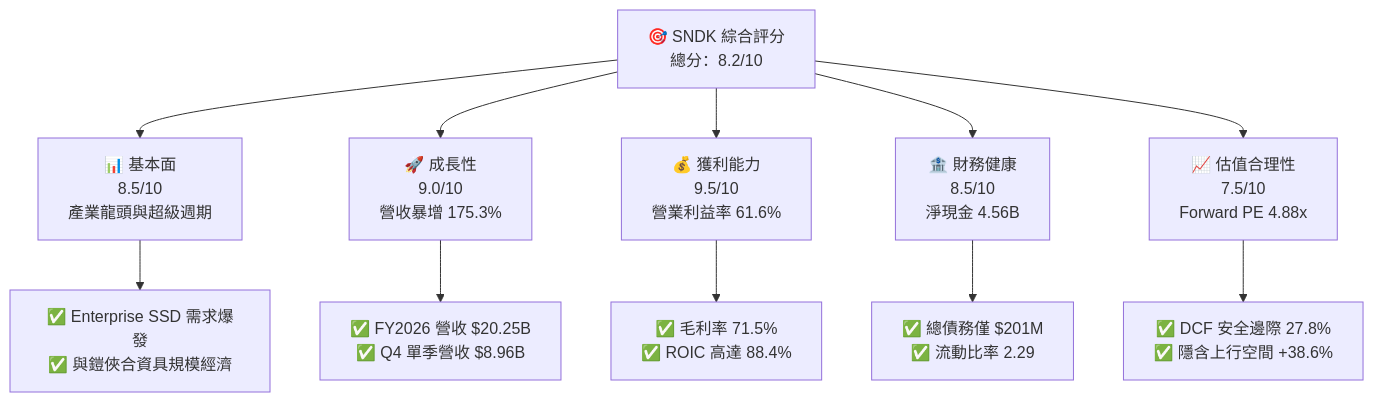
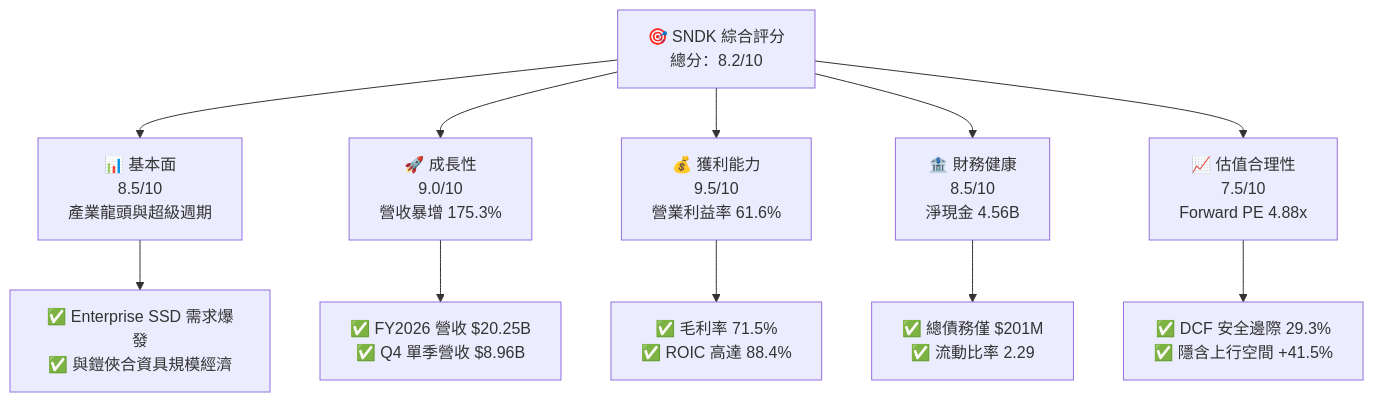
One commit to yennanliu/finance_data changed the first of 15 diagrams in ai_gen_report/fundamental/sndk/fundamental_analysis_2026-10-19_gemini.md. Above: the diagram before and after it, drawn with Mermaid. The commit also changed other lines of this file and 339 other files, not shown here.

````diff
--- a/ai_gen_report/fundamental/sndk/fundamental_analysis_2026-10-19_gemini.md
+++ b/ai_gen_report/fundamental/sndk/fundamental_analysis_2026-10-19_gemini.md
@@ -63,22 +70,22 @@
 ```mermaid
 graph TD
     TICKER["🎯 SNDK 綜合評分<br/>總分：8.2/10"]
 
     F["📊 基本面<br/>8.5/10<br/>產業龍頭與超級週期"]
     G["🚀 成長性<br/>9.0/10<br/>營收暴增 175.3%"]
     P["💰 獲利能力<br/>9.5/10<br/>營業利益率 61.6%"]
     B["🏦 財務健康<br/>8.5/10<br/>淨現金 4.56B"]
     V["📈 估值合理性<br/>7.5/10<br/>Forward PE 4.88x"]
 
     TICKER --> F
     TICKER --> G
     TICKER --> P
     TICKER --> B
     TICKER --> V
 
     F --> F1["✅ Enterprise SSD 需求爆發<br/>✅ 與鎧俠合資具規模經濟"]
     G --> G1["✅ FY2026 營收 $20.25B<br/>✅ Q4 單季營收 $8.96B"]
     P --> P1["✅ 毛利率 71.5%<br/>✅ ROIC 高達 88.4%"]
     B --> B1["✅ 總債務僅 $201M<br/>✅ 流動比率 2.29"]
-    V --> V1["✅ DCF 安全邊際 27.8%<br/>✅ 隱含上行空間 +38.6%"]
+    V --> V1["✅ DCF 安全邊際 29.3%<br/>✅ 隱含上行空間 +41.5%"]
 ```
````
